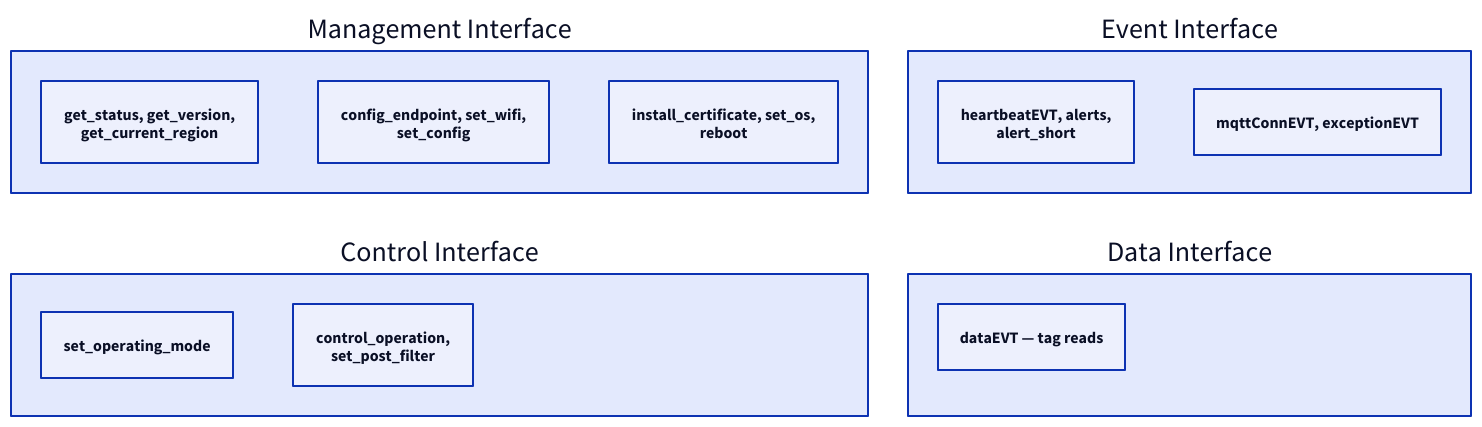
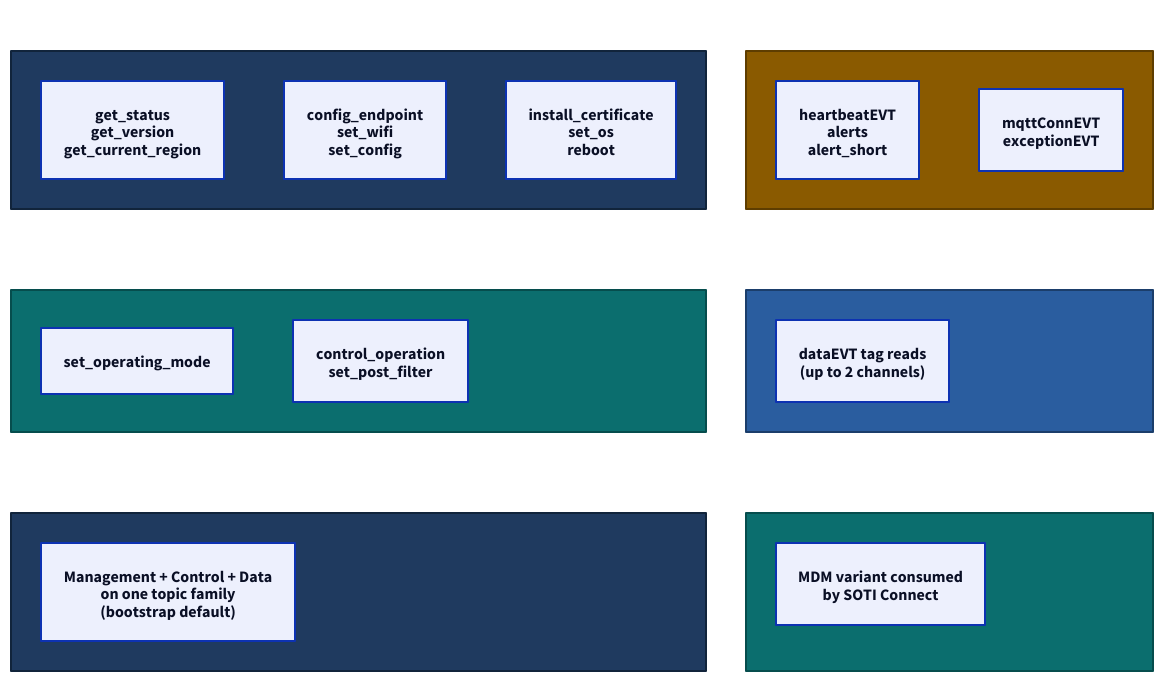
One commit to admiral-ai/zebra-handheld-rfid-iotc changed the diagram in docs/foundations/about-iotc.md. Above: the diagram before and after it, drawn with D2. The commit also changed 40 other files, not shown here.

First line of the commit message:
Redesign all 54 D2 diagrams to a unified visual system

````diff
--- a/docs/foundations/about-iotc.md
+++ b/docs/foundations/about-iotc.md
@@ -40,21 +40,39 @@
 ```d2
-grid-rows: 2
+classes: {
+  mgmt:  { style: { fill: "#1f3a5f"; stroke: "#11243b"; font-color: "#ffffff" } }
+  event: { style: { fill: "#8a5a00"; stroke: "#5e3d00"; font-color: "#ffffff" } }
+  ctrl:  { style: { fill: "#0b6e6e"; stroke: "#064d4d"; font-color: "#ffffff" } }
+  data:  { style: { fill: "#2a5d9f"; stroke: "#1b3e6b"; font-color: "#ffffff" } }
+}
+grid-rows: 3
 grid-columns: 2
+M: "Management - MGMT" {
+  class: mgmt
+  m1: "get_status\nget_version\nget_current_region"
+  m2: "config_endpoint\nset_wifi\nset_config"
+  m3: "install_certificate\nset_os\nreboot"
+}
+E: "Events - MGMT_EVT" {
+  class: event
+  e1: "heartbeatEVT\nalerts\nalert_short"
+  e2: "mqttConnEVT\nexceptionEVT"
+}
+C: "Control - CTRL" {
+  class: ctrl
+  c1: set_operating_mode
+  c2: "control_operation\nset_post_filter"
+}
+Dta: "Data - DATA1 / DATA2" {
+  class: data
+  d1: "dataEVT tag reads\n(up to 2 channels)"
+}
+H: "Hybrid - MDM" {
+  class: mgmt
+  h1: "Management + Control + Data\non one topic family\n(bootstrap default)"
+}
+S: "Vendor - SOTI" {
+  class: ctrl
+  s1: "MDM variant consumed\nby SOTI Connect"
+}
 
-M: Management Interface {
-  M1: "get_status, get_version,\nget_current_region"
-  M2: "config_endpoint, set_wifi,\nset_config"
-  M3: "install_certificate, set_os,\nreboot"
-}
-E: Event Interface {
-  E1: "heartbeatEVT, alerts,\nalert_short"
-  E2: "mqttConnEVT, exceptionEVT"
-}
-C: Control Interface {
-  C1: set_operating_mode
-  C2: "control_operation,\nset_post_filter"
-}
-D: Data Interface {
-  D1: dataEVT — tag reads
-}
 ```
````
